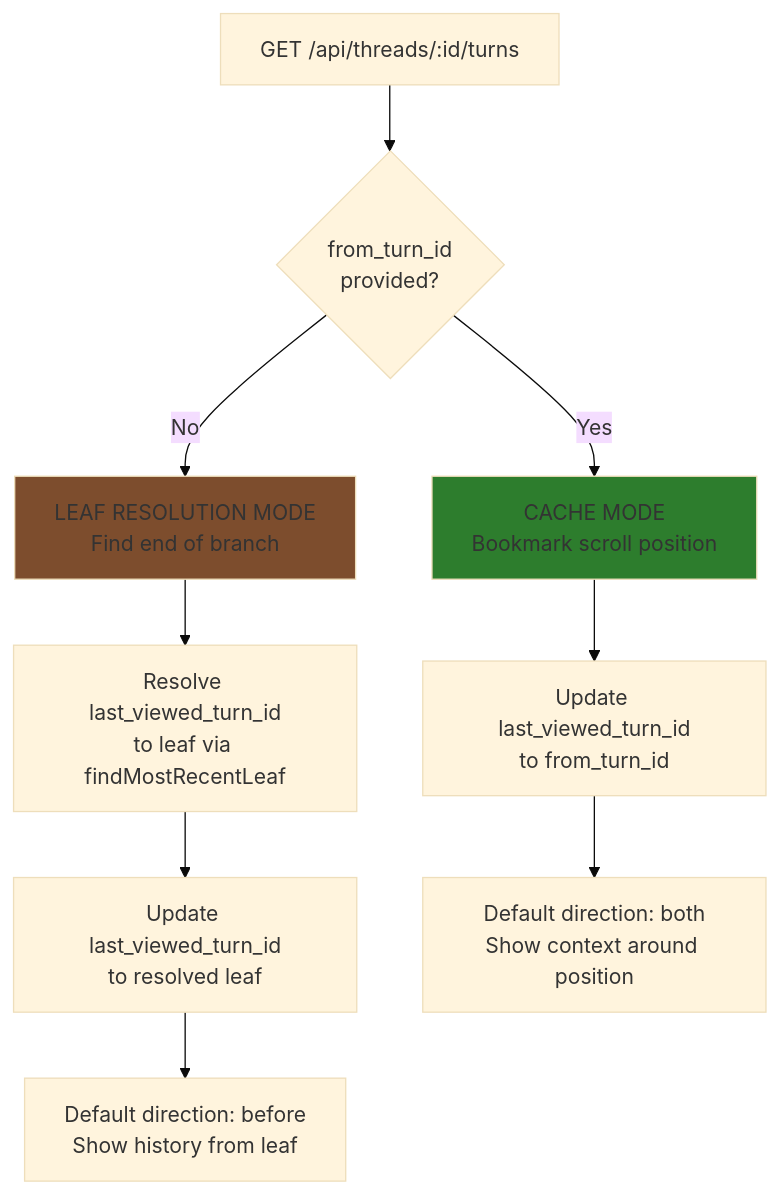
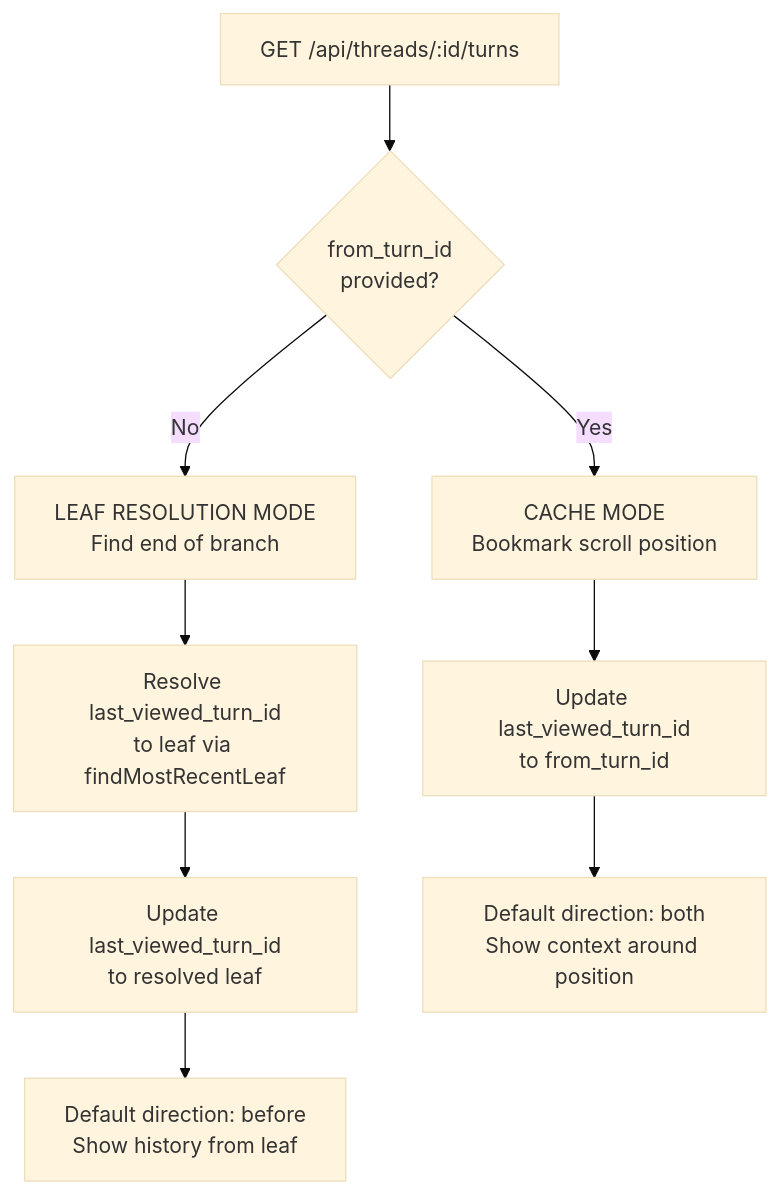
One commit to haowjy/meridian-flow changed the fifth of 5 diagrams in _docs/technical/backend/thread/pagination.md. Above: the diagram before and after it, drawn with Mermaid (base theme). The commit also changed other lines of this file and 46 other files, not shown here.

````diff
--- a/_docs/technical/backend/thread/pagination.md
+++ b/_docs/technical/backend/thread/pagination.md
@@ -703,27 +688,25 @@
 ```mermaid
 flowchart TD
     Start[GET /api/threads/:id/turns]
     HasFromTurnID{from_turn_id<br/>provided?}
     CacheMode[CACHE MODE<br/>Bookmark scroll position]
     LeafMode[LEAF RESOLUTION MODE<br/>Find end of branch]
 
     UpdateCache[Update last_viewed_turn_id<br/>to from_turn_id]
     ResolveLeaf[Resolve last_viewed_turn_id<br/>to leaf via findMostRecentLeaf]
     UpdateLeaf[Update last_viewed_turn_id<br/>to resolved leaf]
 
     DirectionBoth[Default direction: both<br/>Show context around position]
     DirectionBefore[Default direction: before<br/>Show history from leaf]
 
     Start --> HasFromTurnID
     HasFromTurnID -->|Yes| CacheMode
     HasFromTurnID -->|No| LeafMode
 
     CacheMode --> UpdateCache
     LeafMode --> ResolveLeaf --> UpdateLeaf
 
     UpdateCache --> DirectionBoth
     UpdateLeaf --> DirectionBefore
 
-    style CacheMode fill:#2d7d2d
-    style LeafMode fill:#7d4d2d
 ```
````
